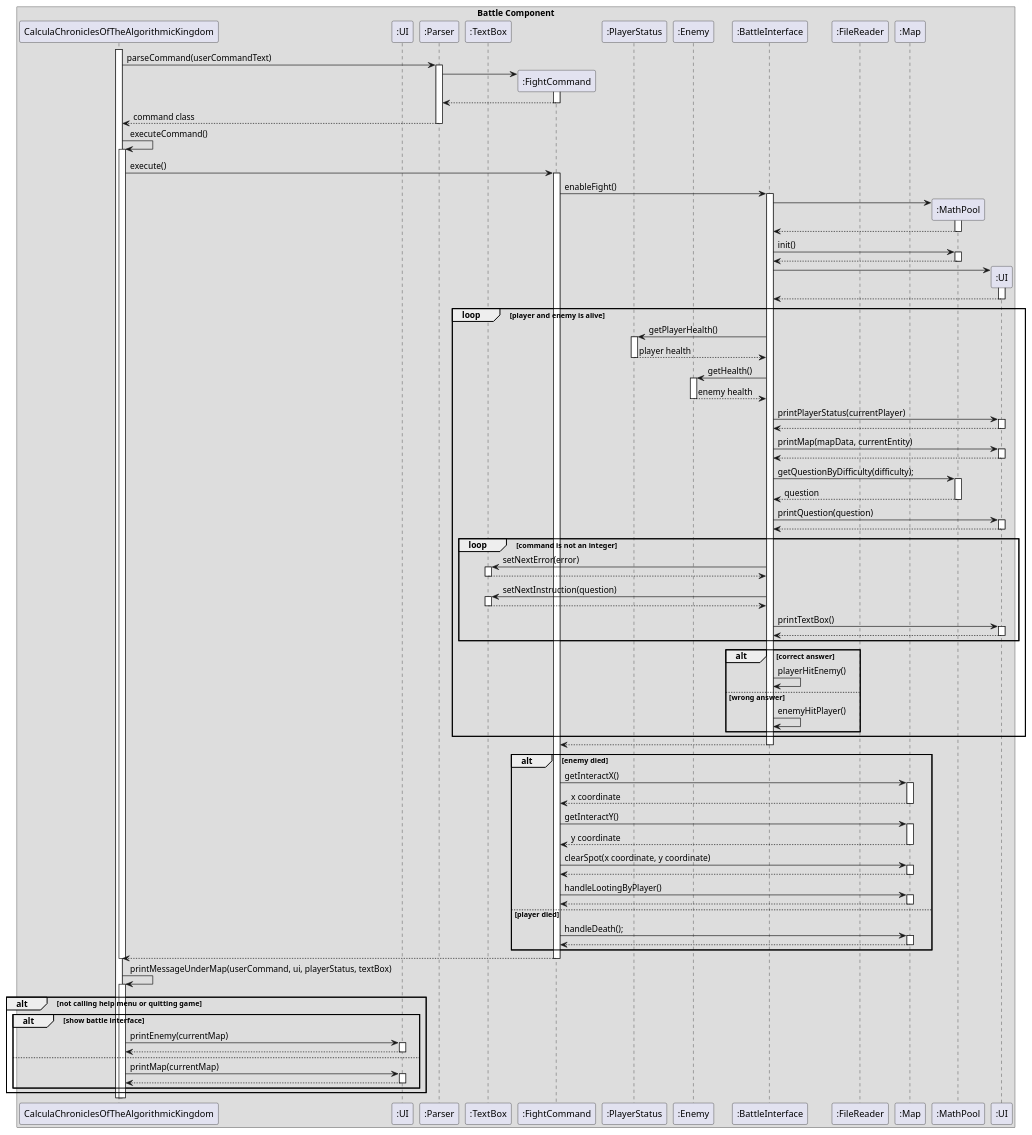
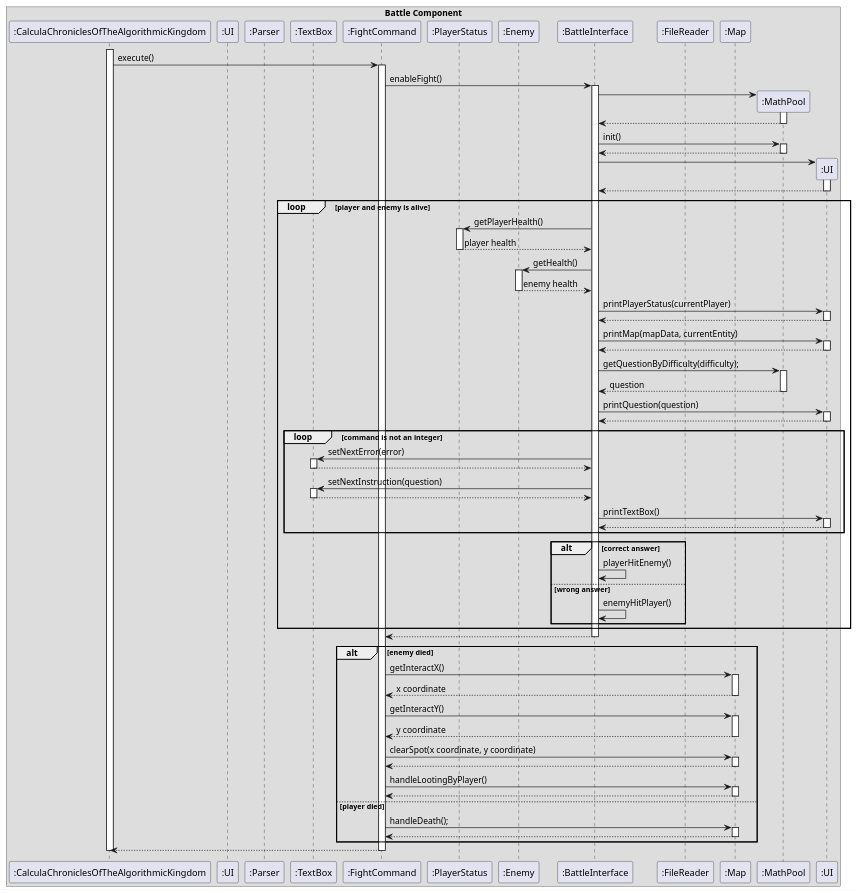
The diagram in graph/BattleInterface.puml (aaravrawal52/tp), drawn with PlantUML before and after one commit. The commit also changed 22 other files, not shown here.

```diff
--- a/graph/BattleInterface.puml
+++ b/graph/BattleInterface.puml
@@ -1,137 +1,123 @@
 @startuml
 
 box Battle Component
-participant "CalculaChroniclesOfTheAlgorithmicKingdom" as main
+participant ":CalculaChroniclesOfTheAlgorithmicKingdom" as main
 participant ":UI" as ui
 participant ":Parser" as parser
 participant ":TextBox" as text
 participant ":FightCommand" as f
 participant ":PlayerStatus" as player
 participant ":Enemy" as e
 participant ":BattleInterface" as bi
 participant ":FileReader" as fileReader
 participant ":Map" as map
 participant ":MathPool" as mathpool
 
-activate main
-main -> parser : parseCommand(userCommandText)
-activate parser
-create f
-parser -> f
-activate f
-f --> parser
-deactivate f
-parser --> main : command class
-deactivate parser
-main -> main : executeCommand()
+'activate main
+'main -> parser : parseCommand(userCommandText)
+'activate parser
+'create f
+'parser -> f
+'activate f
+'f --> parser
+'deactivate f
+'parser --> main : command class
+'deactivate parser
+'main -> main : executeCommand()
 activate main
 main -> f : execute()
 activate f
 f -> bi : enableFight()
 activate bi
 create mathpool
 bi -> mathpool
 activate mathpool
 mathpool --> bi
 deactivate mathpool
 bi -> mathpool : init()
 activate mathpool
 mathpool --> bi
 deactivate
 create ":UI" as UI
 bi -> UI
 activate UI
 UI --> bi
 deactivate UI
 loop player and enemy is alive
     bi -> player : getPlayerHealth()
     activate player
     player --> bi : player health
     deactivate player
     bi -> e : getHealth()
     activate e
     e --> bi : enemy health
     deactivate e
     bi -> UI : printPlayerStatus(currentPlayer)
     activate UI
     UI --> bi
     deactivate UI
     bi -> UI : printMap(mapData, currentEntity)
     activate UI
     UI --> bi
     deactivate UI
     bi -> mathpool : getQuestionByDifficulty(difficulty);
     activate mathpool
     mathpool --> bi : question
     deactivate mathpool
     bi -> UI : printQuestion(question)
     activate UI
     UI --> bi
     deactivate UI
     loop command is not an integer
     bi -> text : setNextError(error)
     activate text
     text --> bi
     deactivate text
     bi -> text : setNextInstruction(question)
     activate text
     text --> bi
     deactivate text
     bi -> UI : printTextBox()
     activate UI
     UI --> bi
     deactivate UI
     end
     alt correct answer
     bi -> bi : playerHitEnemy()
     else wrong answer
     bi -> bi : enemyHitPlayer()
     end
 end
 bi --> f
 deactivate bi
 alt enemy died
     f -> map : getInteractX()
     activate map
     map --> f : x coordinate
     deactivate map
     f -> map : getInteractY()
     activate map
     map --> f : y coordinate
     deactivate map
     f -> map : clearSpot(x coordinate, y coordinate)
     activate map
     map --> f
     deactivate map
     f -> map : handleLootingByPlayer()
     activate map
     map --> f
     deactivate map
 else player died
     f -> map : handleDeath();
     activate map
     map --> f
     deactivate map
 end
 f --> main
 deactivate f
 deactivate main
-main -> main : printMessageUnderMap(userCommand, ui, playerStatus, textBox)
-activate main
-alt not calling help menu or quitting game
-    alt show battle interface
-        main -> ui : printEnemy(currentMap)
-        activate ui
-        ui --> main
-        deactivate ui
-    else
-        main -> ui : printMap(currentMap)
-        activate ui
-        ui --> main
-        deactivate ui
-    end
-end
+
 
 end box
 
 @enduml
```
